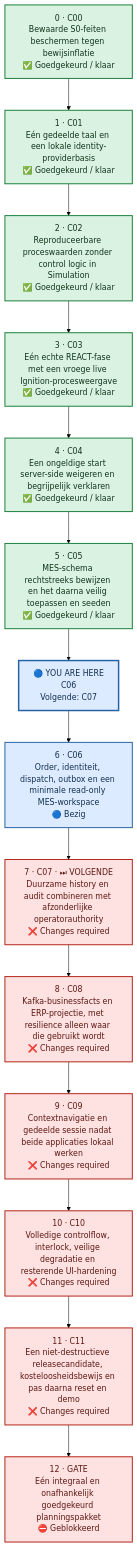
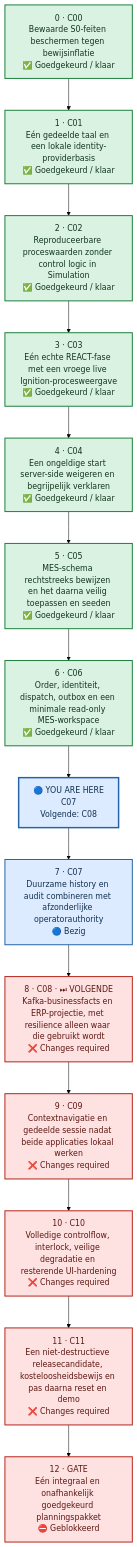
Before and after one commit to Jandesch91/n1-bioforge-requirements-cockpit: the diagram in chunks.mmd, drawn with Mermaid (forest theme). The commit also changed 3 other files, not shown here.

```diff
--- a/chunks.mmd
+++ b/chunks.mmd
@@ -1,39 +1,39 @@
 %%{init: {"flowchart": {"curve": "linear", "nodeSpacing": 55, "rankSpacing": 65, "htmlLabels": true}}}%%
 flowchart TB
     %% One vertical lane: order is explicit and no dependency arrows cross.
     chunk_0["0 · C00<br/>Bewaarde S0-feiten beschermen tegen bewijsinflatie<br/>✅ Goedgekeurd / klaar"]
     chunk_1["1 · C01<br/>Eén gedeelde taal en een lokale identity-providerbasis<br/>✅ Goedgekeurd / klaar"]
     chunk_2["2 · C02<br/>Reproduceerbare proceswaarden zonder control logic in Simulation<br/>✅ Goedgekeurd / klaar"]
     chunk_3["3 · C03<br/>Eén echte REACT-fase met een vroege live Ignition-procesweergave<br/>✅ Goedgekeurd / klaar"]
     chunk_4["4 · C04<br/>Een ongeldige start server-side weigeren en begrijpelijk verklaren<br/>✅ Goedgekeurd / klaar"]
     chunk_5["5 · C05<br/>MES-schema rechtstreeks bewijzen en het daarna veilig toepassen en seeden<br/>✅ Goedgekeurd / klaar"]
-    chunk_6["6 · C06<br/>Order, identiteit, dispatch, outbox en een minimale read-only MES-workspace<br/>🔵 Bezig"]
-    chunk_7["7 · C07 · ⏭ VOLGENDE<br/>Duurzame history en audit combineren met afzonderlijke operatorauthority<br/>❌ Changes required"]
-    chunk_8["8 · C08<br/>Kafka-businessfacts en ERP-projectie, met resilience alleen waar die gebruikt wordt<br/>❌ Changes required"]
+    chunk_6["6 · C06<br/>Order, identiteit, dispatch, outbox en een minimale read-only MES-workspace<br/>✅ Goedgekeurd / klaar"]
+    chunk_7["7 · C07<br/>Duurzame history en audit combineren met afzonderlijke operatorauthority<br/>🔵 Bezig"]
+    chunk_8["8 · C08 · ⏭ VOLGENDE<br/>Kafka-businessfacts en ERP-projectie, met resilience alleen waar die gebruikt wordt<br/>❌ Changes required"]
     chunk_9["9 · C09<br/>Contextnavigatie en gedeelde sessie nadat beide applicaties lokaal werken<br/>❌ Changes required"]
     chunk_10["10 · C10<br/>Volledige controlflow, interlock, veilige degradatie en resterende UI-hardening<br/>❌ Changes required"]
     chunk_11["11 · C11<br/>Een niet-destructieve releasecandidate, kosteloosheidsbewijs en pas daarna reset en demo<br/>❌ Changes required"]
     chunk_12["12 · GATE<br/>Eén integraal en onafhankelijk goedgekeurd planningspakket<br/>⛔ Geblokkeerd"]
-    current_marker["🔵 YOU ARE HERE<br/>C06<br/>Volgende: C07"]
-    chunk_0 --> chunk_1 --> chunk_2 --> chunk_3 --> chunk_4 --> chunk_5 --> current_marker --> chunk_6 --> chunk_7 --> chunk_8 --> chunk_9 --> chunk_10 --> chunk_11 --> chunk_12
+    current_marker["🔵 YOU ARE HERE<br/>C07<br/>Volgende: C08"]
+    chunk_0 --> chunk_1 --> chunk_2 --> chunk_3 --> chunk_4 --> chunk_5 --> chunk_6 --> current_marker --> chunk_7 --> chunk_8 --> chunk_9 --> chunk_10 --> chunk_11 --> chunk_12
     classDef approved fill:#D9F2E1,stroke:#1B7F3A,color:#12351D,stroke-width:2px
     classDef inprogress fill:#DCEBFF,stroke:#2463A6,color:#12304F,stroke-width:2px
     classDef human fill:#FFF2BF,stroke:#A66B00,color:#4D3300,stroke-width:2px
     classDef changes fill:#FDE2E1,stroke:#B42318,color:#5D1712,stroke-width:2px
     classDef blocked fill:#FDE2E1,stroke:#B42318,color:#5D1712,stroke-width:2px
     classDef notstarted fill:#F2F4F7,stroke:#667085,color:#344054,stroke-width:2px
     classDef current fill:#DCEBFF,stroke:#2463A6,color:#12304F,stroke-width:3px
     class chunk_0 approved
     class chunk_1 approved
     class chunk_2 approved
     class chunk_3 approved
     class chunk_4 approved
     class chunk_5 approved
-    class chunk_6 inprogress
-    class chunk_7 changes
+    class chunk_6 approved
+    class chunk_7 inprogress
     class chunk_8 changes
     class chunk_9 changes
     class chunk_10 changes
     class chunk_11 changes
     class chunk_12 blocked
     class current_marker current
```
